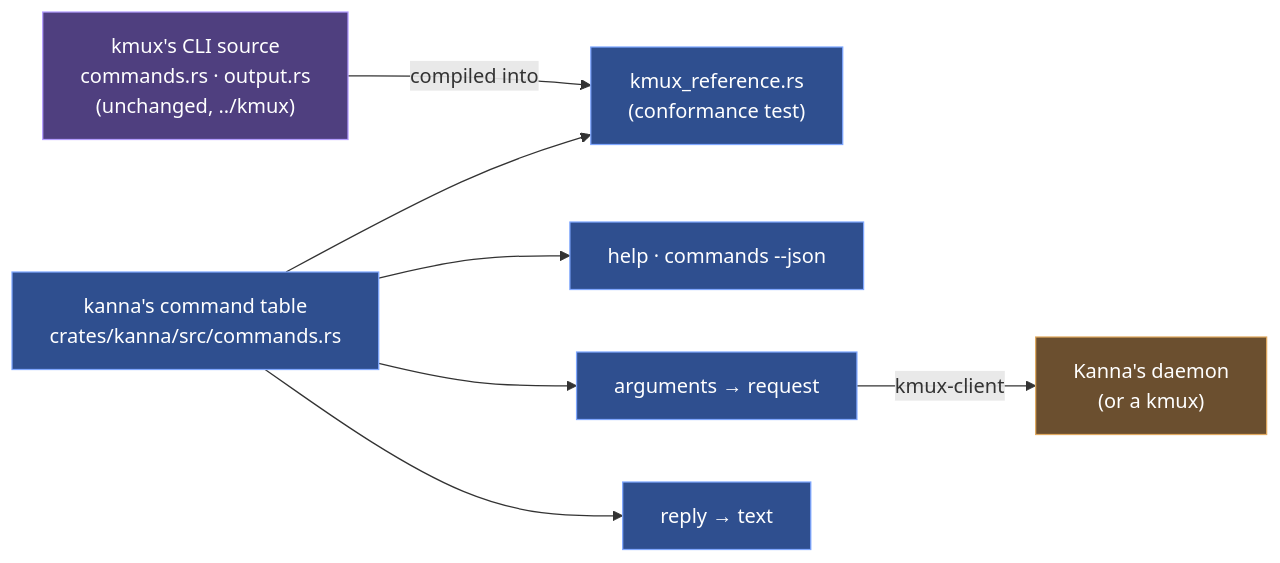
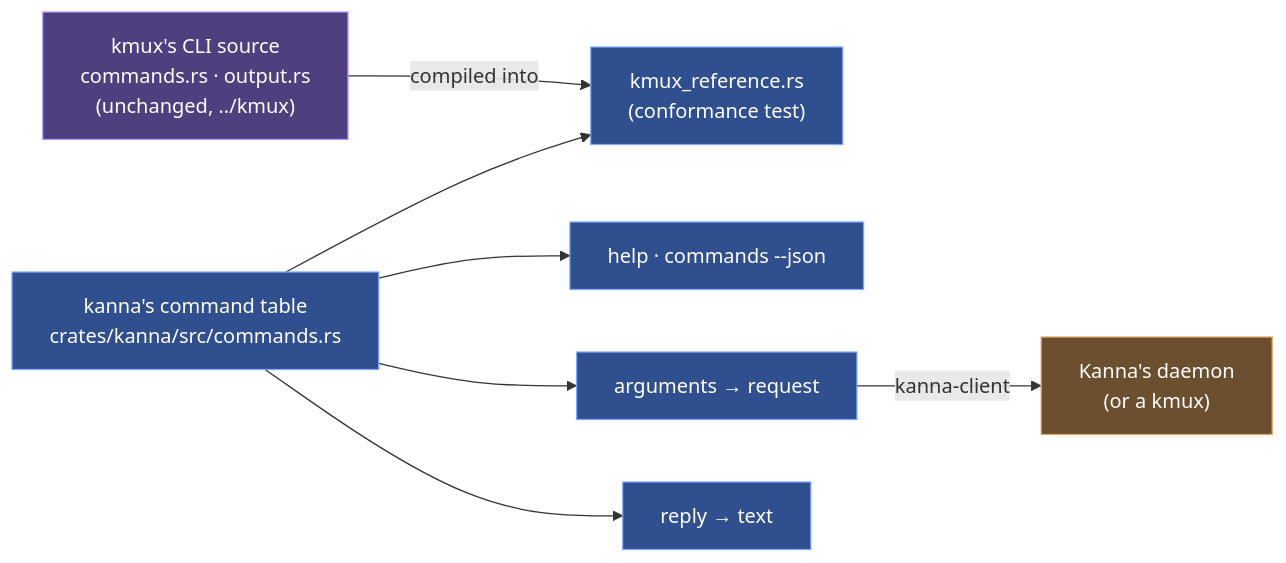
Before and after one commit to jemdiggity/kanna-v4: diagram 12 of 18 in docs/kanna-spec.md, drawn with Mermaid. The commit also changed other lines of this file and 25 other files, not shown here.

Commit message:
Kanna builds without kmux: copies of kmux-client (kanna-client) and kmux-merman (kanna-merman); only the reference tests read ../kmux, and they say so when it's missing

````diff
--- a/docs/kanna-spec.md
+++ b/docs/kanna-spec.md
@@ -593,15 +595,15 @@
 ```mermaid
 flowchart LR
     KSRC["kmux's CLI source<br/>commands.rs · output.rs<br/>(unchanged, ../kmux)"] -->|"compiled into"| REF["kmux_reference.rs<br/>(conformance test)"]
     TABLE["kanna's command table<br/>crates/kanna/src/commands.rs"] --> REF
     TABLE --> HELP["help · commands --json"]
     TABLE --> PARSE["arguments → request"]
     TABLE --> OUT["reply → text"]
-    PARSE -->|"kmux-client"| D["Kanna's daemon<br/>(or a kmux)"]
+    PARSE -->|"kanna-client"| D["Kanna's daemon<br/>(or a kmux)"]
     classDef kmuxapp fill:#4f3f7f,stroke:#b39cff,color:#ffffff
     classDef kmux fill:#2f4f8f,stroke:#7fa7ff,color:#ffffff
     classDef ext fill:#6b4f2f,stroke:#e0a960,color:#ffffff
     class KSRC kmuxapp
     class TABLE,HELP,PARSE,OUT,REF kmux
     class D ext
 ```
````
